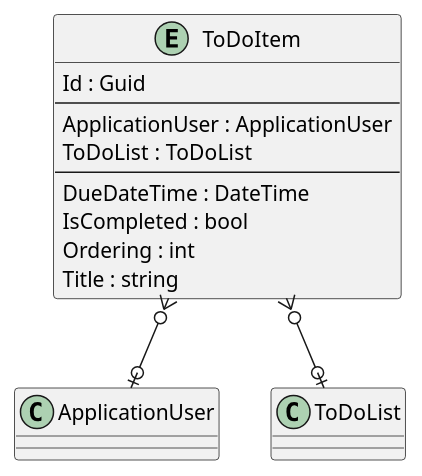
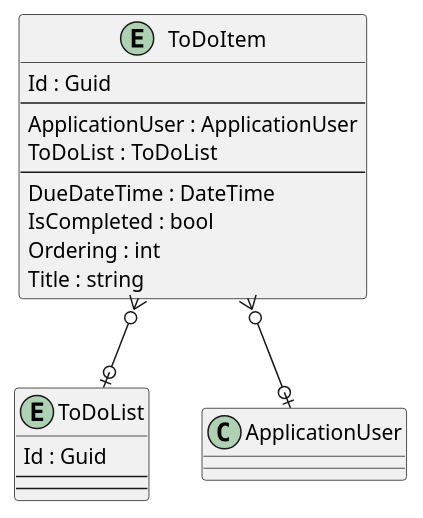
Before and after one commit to intrepion/intrepion_to-do_web_blazor: the diagram in .docs/Intrepion.ToDo.pu, drawn with PlantUML.

Commit message:
gawk -i inplace "{ gsub(/' EntityCodePlaceholder/, \"entity ToDoList {\n\ \ \ \ Id : Guid\n\ \ \ \ --\n\ \ \ \ ' ToDoListKeyCodePlaceholder\n\ \ \ \ --\n\ \ \ \ ' ToDoListPropertyCodePlaceholder\n}\n\n' EntityCodePlaceholder\") }; { print }" .docs/Intrepion.ToDo.pu

```diff
--- a/.docs/Intrepion.ToDo.pu
+++ b/.docs/Intrepion.ToDo.pu
@@ -1,23 +1,31 @@
 @startuml
 
 entity ToDoItem {
     Id : Guid
     --
     ApplicationUser : ApplicationUser
     ToDoList : ToDoList
     ' ToDoItemKeyCodePlaceholder
     --
     DueDateTime : DateTime
     IsCompleted : bool
     Ordering : int
     Title : string
     ' ToDoItemPropertyCodePlaceholder
 }
 
+entity ToDoList {
+    Id : Guid
+    --
+    ' ToDoListKeyCodePlaceholder
+    --
+    ' ToDoListPropertyCodePlaceholder
+}
+
 ' EntityCodePlaceholder
 
 ToDoItem }o--o| ApplicationUser
 ToDoItem }o--o| ToDoList
 ' RelationshipCodePlaceholder
 
 @enduml
```
